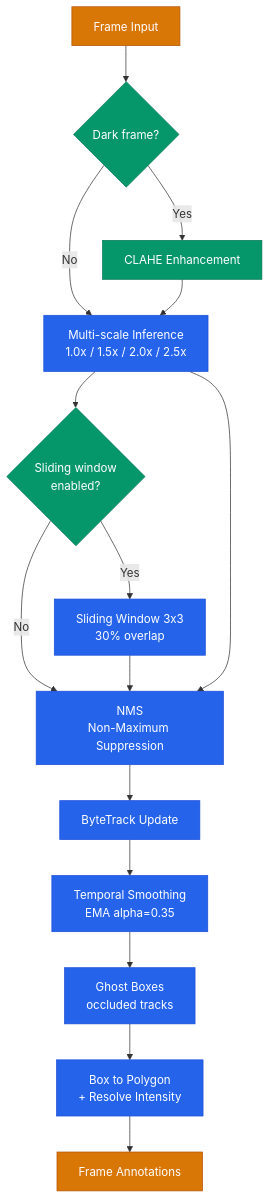
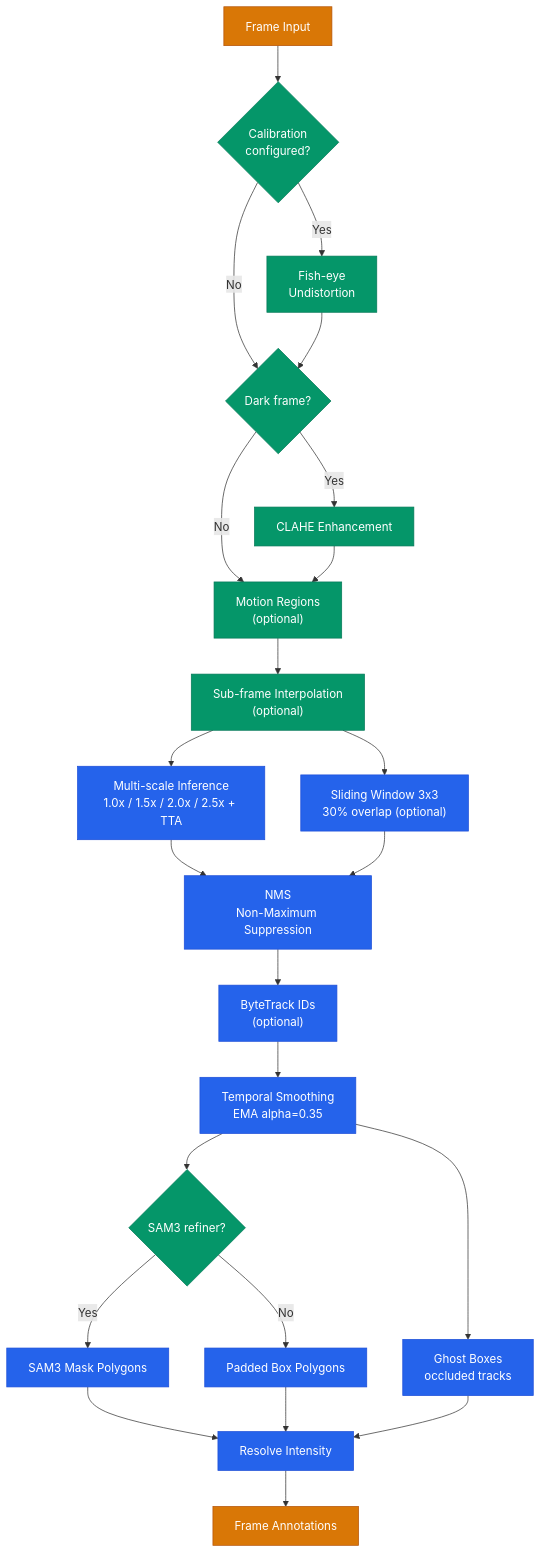
Before and after one commit to AndreaBonn/video-anonimyzer: the first of 3 diagrams in docs/ARCHITECTURE.md, drawn with Mermaid. The commit also changed other lines of this file and 22 other files, not shown here.

````diff
--- a/docs/ARCHITECTURE.md
+++ b/docs/ARCHITECTURE.md
@@ -13,27 +13,35 @@
 ```mermaid
 %%{init: {'theme': 'default'}}%%
 graph TD
-  frame_in["Frame Input"] --> clahe_check{"Dark frame?"}
+  frame_in["Frame Input"] --> undist{"Calibration<br/>configured?"}
+  undist -->|"Yes"| fisheye["Fish-eye<br/>Undistortion"]
+  undist -->|"No"| clahe_check
+  fisheye --> clahe_check{"Dark frame?"}
   clahe_check -->|"Yes"| clahe["CLAHE Enhancement"]
-  clahe_check -->|"No"| multiscale
-  clahe --> multiscale["Multi-scale Inference<br/>1.0x / 1.5x / 2.0x / 2.5x"]
-  multiscale --> sliding{"Sliding window<br/>enabled?"}
-  sliding -->|"Yes"| sw["Sliding Window 3x3<br/>30% overlap"]
-  sliding -->|"No"| nms
-  sw --> nms["NMS<br/>Non-Maximum Suppression"]
-  multiscale --> nms
-  nms --> bytetrack["ByteTrack Update"]
+  clahe_check -->|"No"| motion
+  clahe --> motion["Motion Regions<br/>(optional)"]
+  motion --> interp["Sub-frame Interpolation<br/>(optional)"]
+  interp --> multiscale["Multi-scale Inference<br/>1.0x / 1.5x / 2.0x / 2.5x + TTA"]
+  interp --> sw["Sliding Window 3x3<br/>30% overlap (optional)"]
+  multiscale --> nms["NMS<br/>Non-Maximum Suppression"]
+  sw --> nms
+  nms --> bytetrack["ByteTrack IDs<br/>(optional)"]
   bytetrack --> ema["Temporal Smoothing<br/>EMA alpha=0.35"]
+  ema --> convert{"SAM3 refiner?"}
+  convert -->|"Yes"| sam3poly["SAM3 Mask Polygons"]
+  convert -->|"No"| boxpoly["Padded Box Polygons"]
+  sam3poly --> intensity["Resolve Intensity"]
+  boxpoly --> intensity
   ema --> ghost["Ghost Boxes<br/>occluded tracks"]
-  ghost --> convert["Box to Polygon<br/>+ Resolve Intensity"]
-  convert --> frame_out["Frame Annotations"]
+  ghost --> intensity
+  intensity --> frame_out["Frame Annotations"]
 
   classDef core fill:#2563eb,stroke:#1d4ed8,color:#fff
   classDef data fill:#d97706,stroke:#b45309,color:#fff
   classDef engine fill:#059669,stroke:#047857,color:#fff
 
   class frame_in,frame_out data
-  class multiscale,sw,nms,bytetrack,ema,ghost,convert core
-  class clahe_check,sliding engine
-  class clahe engine
+  class multiscale,sw,nms,bytetrack,ema,ghost,sam3poly,boxpoly,intensity core
+  class undist,clahe_check,convert engine
+  class fisheye,clahe,motion,interp engine
 ```
````
